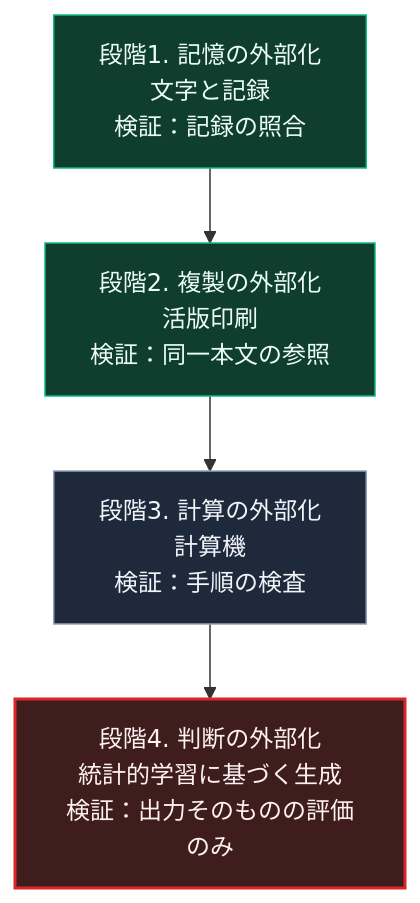
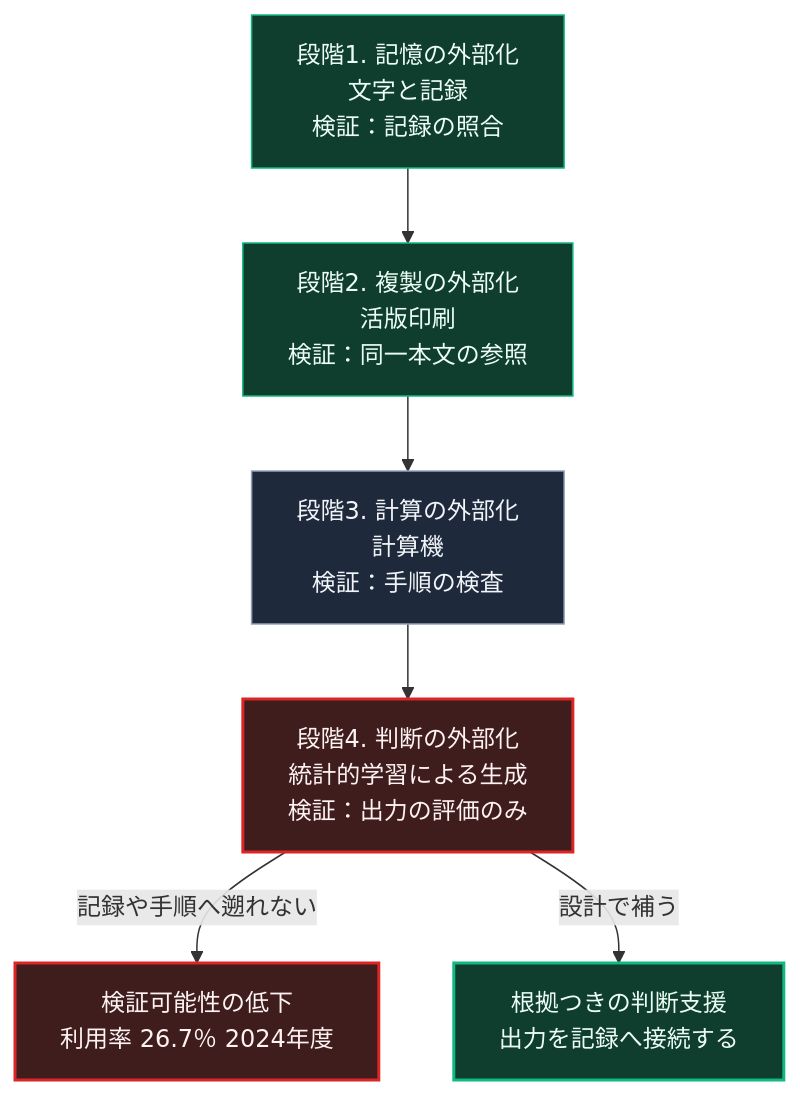
One commit to Takenori-Kusaka/zenn-content changed the diagram in books/sovereign-resilience-blueprint/16_generative-ai-cognitive-bifurcation.md. Above: the diagram before and after it, drawn with Mermaid. The commit also changed other lines of this file and 114 other files, not shown here.

````diff
--- a/books/sovereign-resilience-blueprint/16_generative-ai-cognitive-bifurcation.md
+++ b/books/sovereign-resilience-blueprint/16_generative-ai-cognitive-bifurcation.md
@@ -51,12 +51,16 @@
 ```mermaid
 flowchart TD
     S1[段階1. 記憶の外部化<br>文字と記録<br>検証：記録の照合]
     S1 --> S2[段階2. 複製の外部化<br>活版印刷<br>検証：同一本文の参照]
     S2 --> S3[段階3. 計算の外部化<br>計算機<br>検証：手順の検査]
-    S3 --> S4[段階4. 判断の外部化<br>統計的学習に基づく生成<br>検証：出力そのものの評価のみ]
+    S3 --> S4[段階4. 判断の外部化<br>統計的学習による生成<br>検証：出力の評価のみ]
+    S4 -->|記録や手順へ遡れない| X[検証可能性の低下<br>利用率 26.7％ 2024年度]
+    S4 -->|設計で補う| R[根拠つきの判断支援<br>出力を記録へ接続する]
 
     style S1 fill:#0f3d2e,stroke:#10b981,color:#ecfdf5
     style S2 fill:#0f3d2e,stroke:#10b981,color:#ecfdf5
     style S3 fill:#1e293b,stroke:#94a3b8,color:#f1f5f9
     style S4 fill:#3f1d1d,stroke:#dc2626,stroke-width:2px,color:#fef2f2
+    style X fill:#3f1d1d,stroke:#dc2626,stroke-width:2px,color:#fef2f2
+    style R fill:#0f3d2e,stroke:#10b981,stroke-width:2px,color:#ecfdf5
 ```
````
